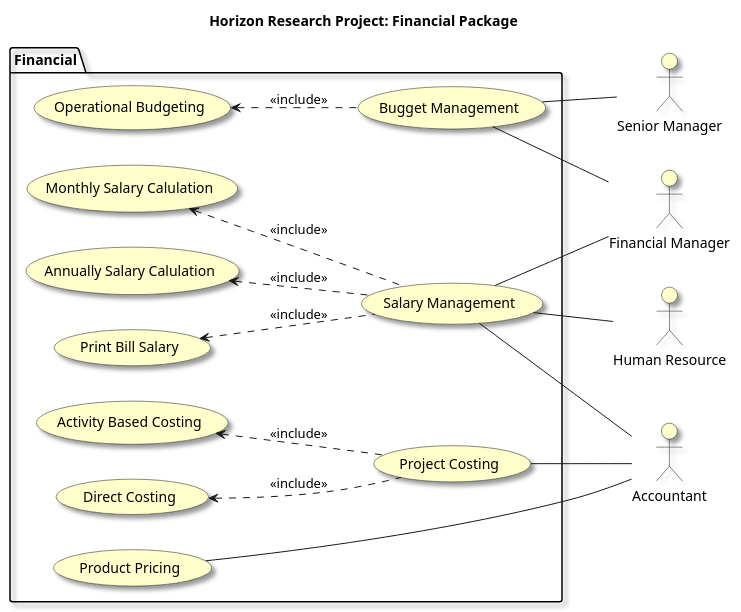
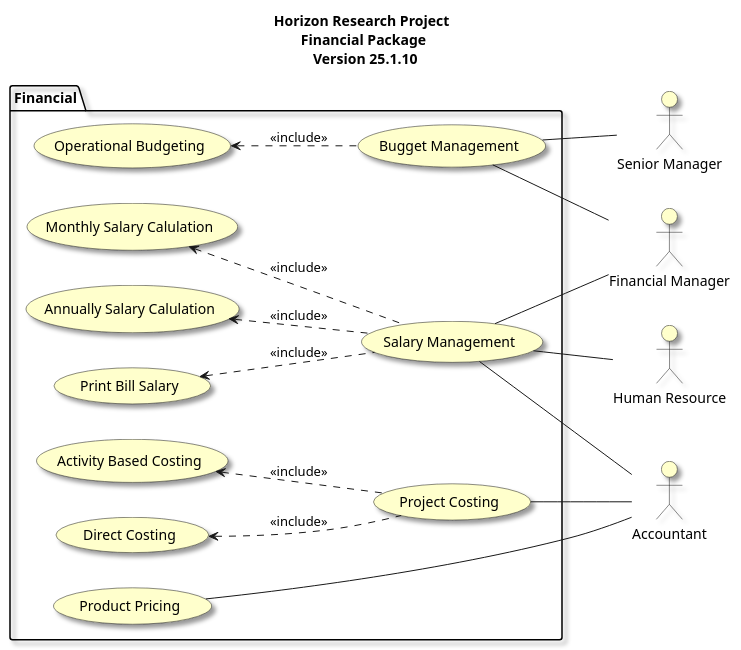
Before and after one commit to mahyaresteki/Horizon: the diagram in HorizonModeling/HorizonUml/UseCase/Use Case/Packages/FinancialUseCaseDiagram.puml, drawn with PlantUML. The commit also changed 33 other files, not shown here.

```diff
--- a/HorizonModeling/HorizonUml/UseCase/Use Case/Packages/FinancialUseCaseDiagram.puml
+++ b/HorizonModeling/HorizonUml/UseCase/Use Case/Packages/FinancialUseCaseDiagram.puml
@@ -1,44 +1,44 @@
 @startuml
 left to right direction
 
 skinparam useCaseBackgroundColor #Business
 skinparam actorBackgroundColor #Business
 skinparam Shadowing True
 
-title Horizon Research Project: Financial Package
+title Horizon Research Project \n Financial Package \n Version 25.1.10
 
 :Financial Manager: as Fmanager
 :Human Resource: as HR
 :Accountant: as Accountant
 :Senior Manager: as SeniorManager
 
 
 package "Financial"{
     usecase "Project Costing" as costing
     usecase "Activity Based Costing" as abc
     usecase "Direct Costing" as directCosting
     usecase "Bugget Management" as bugget
     usecase "Operational Budgeting" as buggeting
     usecase "Product Pricing" as pricing
     usecase "Salary Management" as salaryManagement
     usecase "Monthly Salary Calulation" as monthlySalaryCalculation
     usecase "Annually Salary Calulation" as annuallySalaryCalculation
     usecase "Print Bill Salary" as printBillSalary
 }
 
 salaryManagement -- Accountant
 salaryManagement -- Fmanager
 salaryManagement -- HR
 costing -- Accountant
 pricing -- Accountant
 bugget -- Fmanager
 bugget -- SeniorManager
 
 monthlySalaryCalculation <.. salaryManagement : <<include>>
 annuallySalaryCalculation <.. salaryManagement : <<include>>
 printBillSalary <.. salaryManagement : <<include>>
 buggeting <.. bugget : <<include>>
 directCosting <.. costing : <<include>>
 abc <.. costing : <<include>>
 
 @enduml
```
